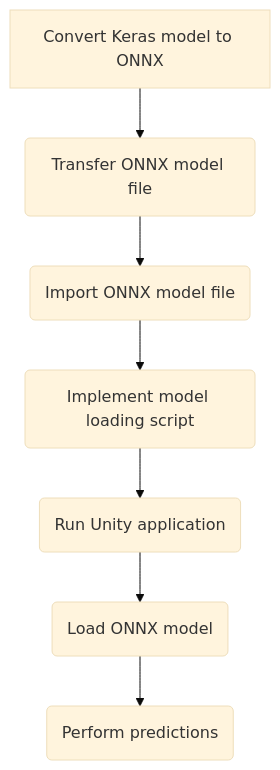
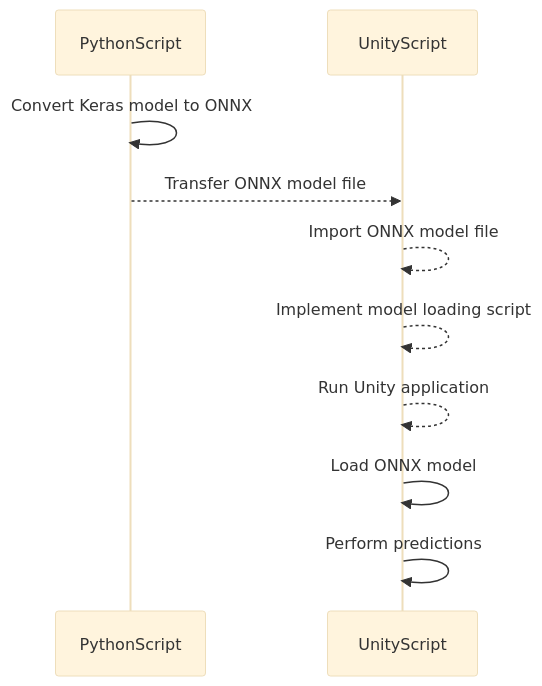
The diagram in README.md (AppleBoiy/UnityONNX), drawn with Mermaid (base theme) before and after one commit.

````diff
--- a/README.md
+++ b/README.md
@@ -3,9 +3,14 @@
 ```mermaid
-graph TD;
-    A[Convert Keras model to ONNX] --> B(Transfer ONNX model file)
-        B --> C(Import ONNX model file)
-        C --> D(Implement model loading script)
-        D --> E(Run Unity application)
-        E --> F(Load ONNX model)
-        F --> G(Perform predictions)    
+sequenceDiagram
+    participant PythonScript
+    participant UnityScript
+
+        PythonScript->>PythonScript: Convert Keras model to ONNX
+        PythonScript-->>UnityScript: Transfer ONNX model file
+
+        UnityScript-->>UnityScript: Import ONNX model file
+        UnityScript-->>UnityScript: Implement model loading script
+        UnityScript-->>UnityScript: Run Unity application
+        UnityScript->>UnityScript: Load ONNX model
+        UnityScript->>UnityScript: Perform predictions    
 ```
````
